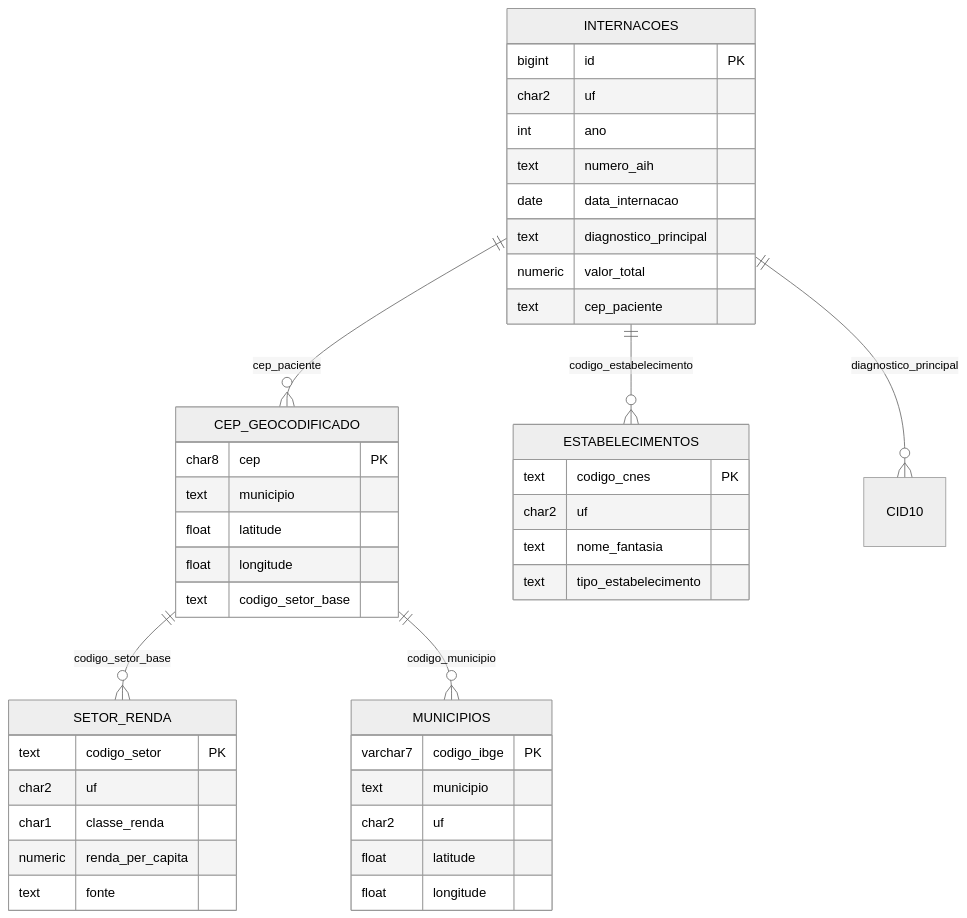
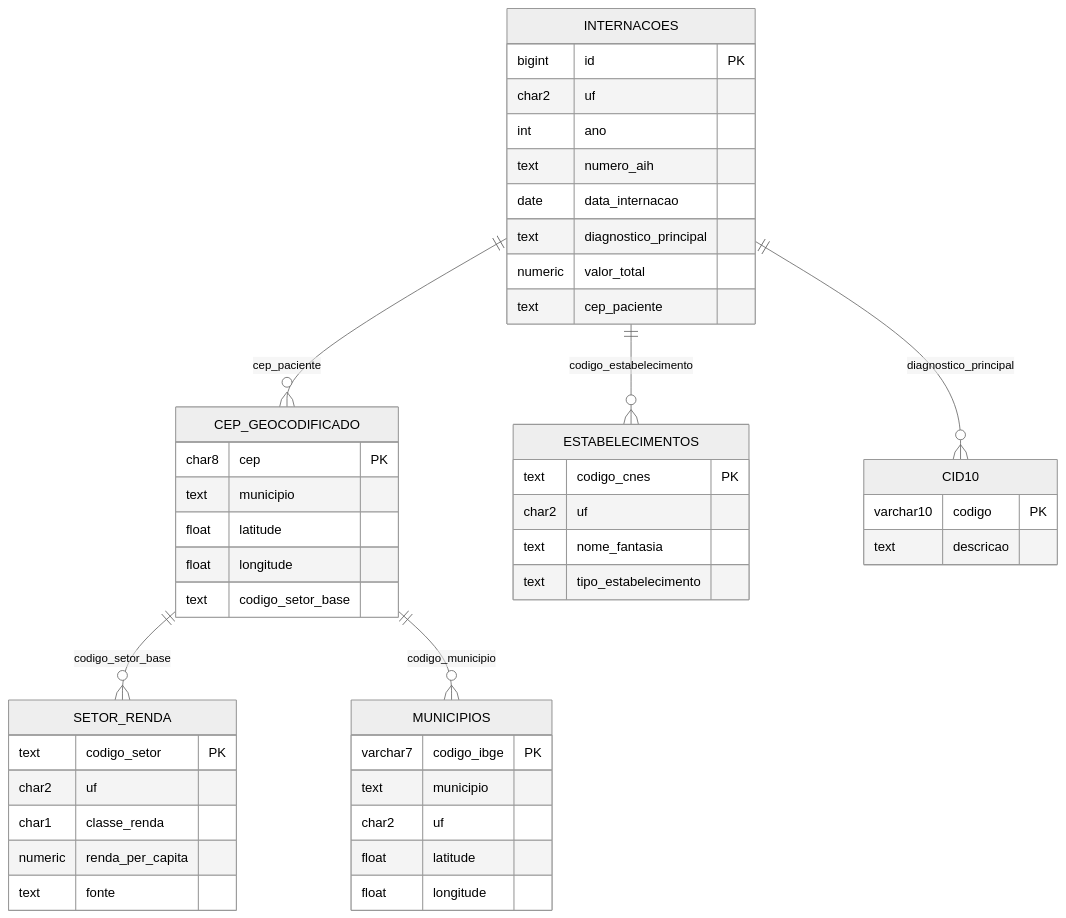
One commit to Iquitim/brasil-dados-publicos changed the second of 2 diagrams in README.md. Above: the diagram before and after it, drawn with Mermaid (neutral theme).

Commit message:
docs: improve CID10 entity definition in ER diagram

````diff
--- a/README.md
+++ b/README.md
@@ -201,50 +201,55 @@
 ```mermaid
 erDiagram
     INTERNACOES ||--o{ CEP_GEOCODIFICADO : "cep_paciente"
     CEP_GEOCODIFICADO ||--o{ SETOR_RENDA : "codigo_setor_base"
     INTERNACOES ||--o{ ESTABELECIMENTOS : "codigo_estabelecimento"
     INTERNACOES ||--o{ CID10 : "diagnostico_principal"
     CEP_GEOCODIFICADO ||--o{ MUNICIPIOS : "codigo_municipio"
 
     INTERNACOES {
         bigint id PK
         char2 uf
         int ano
         text numero_aih
         date data_internacao
         text diagnostico_principal
         numeric valor_total
         text cep_paciente
     }
 
     SETOR_RENDA {
         text codigo_setor PK
         char2 uf
         char1 classe_renda
         numeric renda_per_capita
         text fonte
     }
 
     CEP_GEOCODIFICADO {
         char8 cep PK
         text municipio
         float latitude
         float longitude
         text codigo_setor_base
     }
 
     ESTABELECIMENTOS {
         text codigo_cnes PK
         char2 uf
         text nome_fantasia
         text tipo_estabelecimento
     }
 
+    CID10 {
+        varchar10 codigo PK
+        text descricao
+    }
+
     MUNICIPIOS {
         varchar7 codigo_ibge PK
         text municipio
         char2 uf
         float latitude
         float longitude
     }
 ```
````
